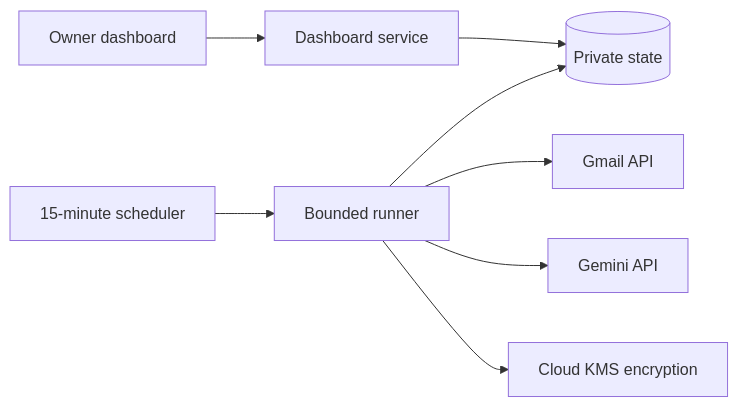
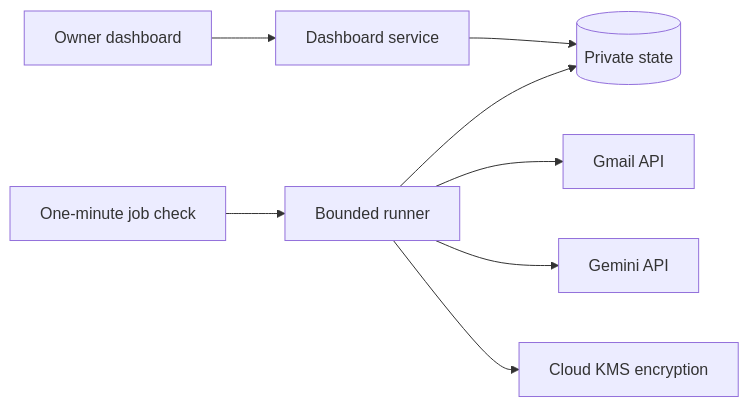
The diagram in README.md (Kirolosir/Email-Scanner), drawn with Mermaid before and after one commit. The commit also changed other lines of this file and 16 other files, not shown here.

````diff
--- a/README.md
+++ b/README.md
@@ -37,10 +37,10 @@
 ```mermaid
 flowchart LR
     Browser[Owner dashboard] --> Web[Dashboard service]
     Web --> State[(Private state)]
-    Timer[15-minute scheduler] --> Runner[Bounded runner]
+    Timer[One-minute job check] --> Runner[Bounded runner]
     Runner --> Gmail[Gmail API]
     Runner --> Gemini[Gemini API]
     Runner --> State
     Runner --> KMS[Cloud KMS encryption]
 ```
````
